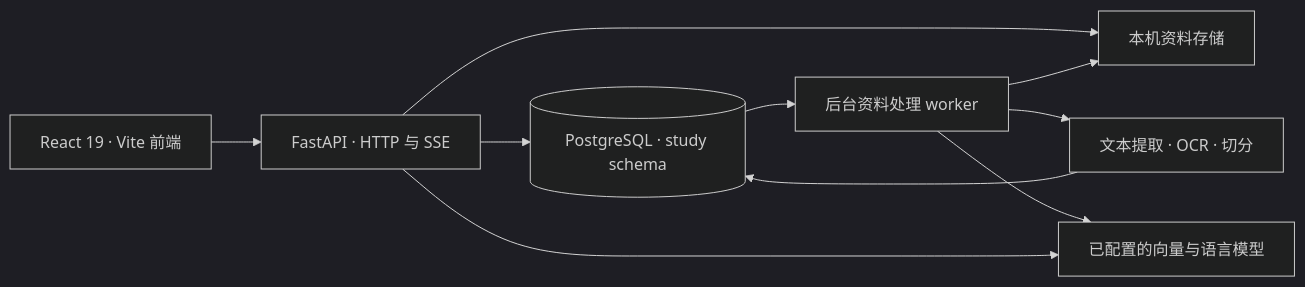
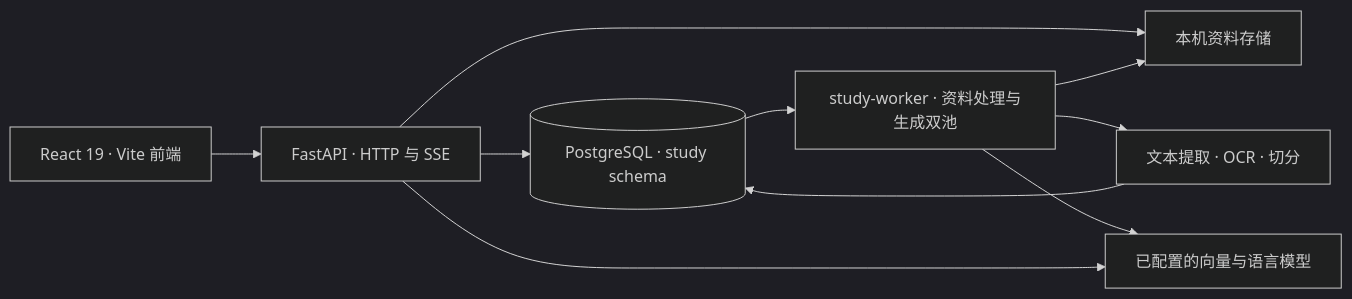
Before and after one commit to ggwenling/Study_Platform: the diagram in README.zh-CN.md, drawn with Mermaid (dark theme). The commit also changed other lines of this file and 4 other files, not shown here.

````diff
--- a/README.zh-CN.md
+++ b/README.zh-CN.md
@@ -100,12 +101,12 @@
 ```mermaid
 flowchart LR
     Browser["React 19 · Vite 前端"] --> API["FastAPI · HTTP 与 SSE"]
     API --> DB[("PostgreSQL · study schema")]
     API --> Files["本机资料存储"]
-    DB --> Worker["后台资料处理 worker"]
+    DB --> Worker["study-worker · 资料处理与生成双池"]
     Worker --> Files
     Worker --> Index["文本提取 · OCR · 切分"]
     Index --> DB
     Worker --> Models["已配置的向量与语言模型"]
     API --> Models
 ```
````
